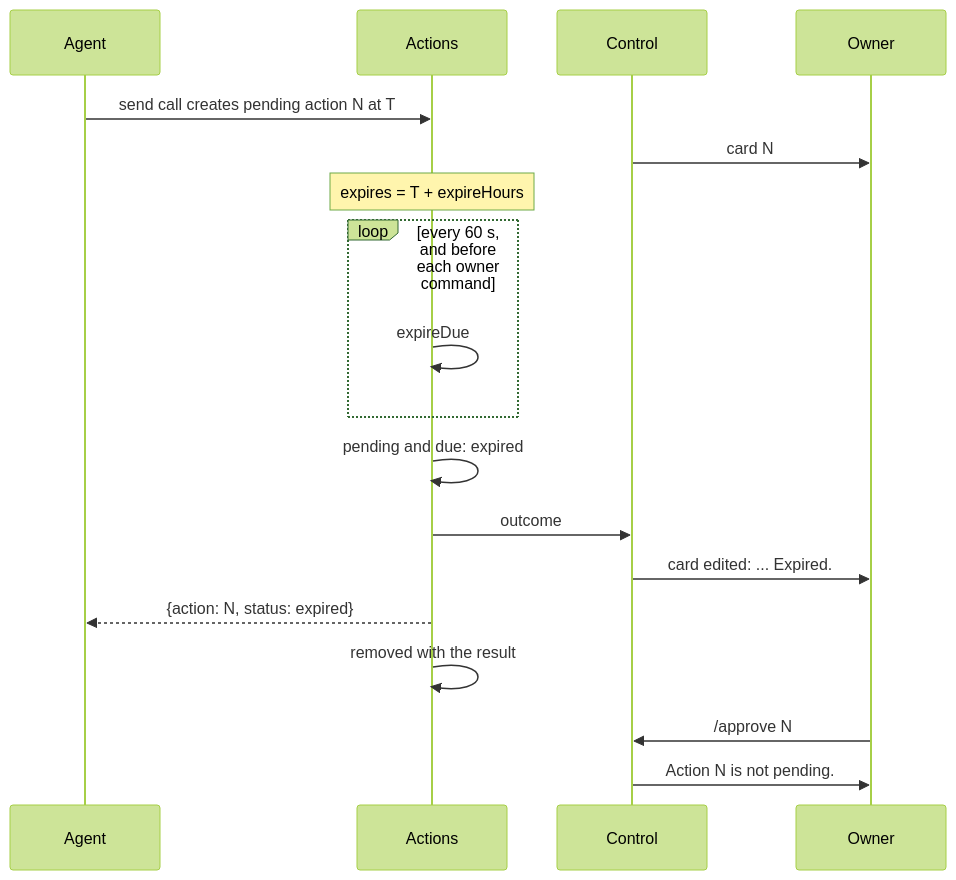
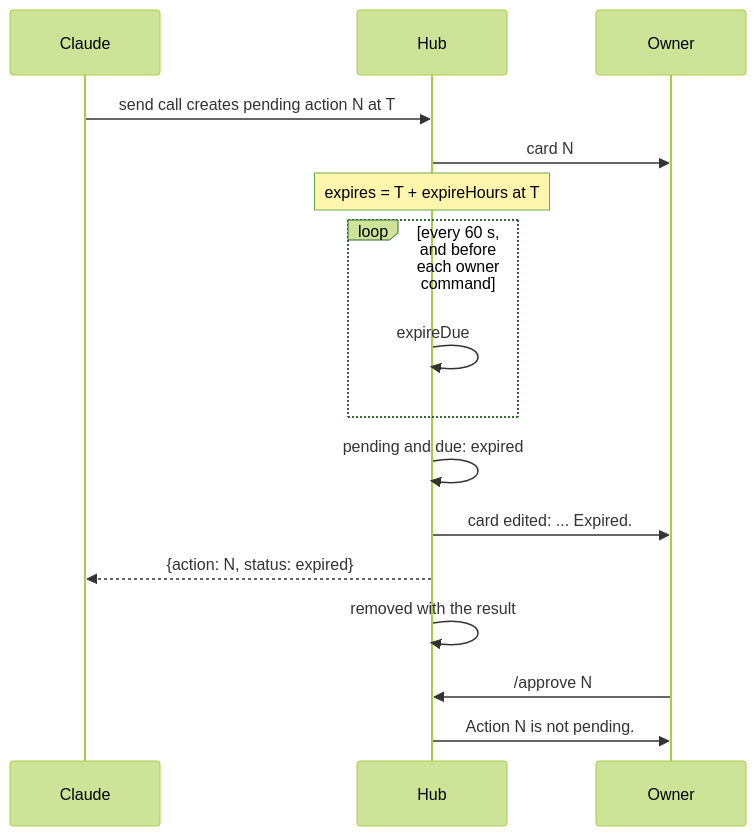
Before and after one commit to simplex-chat/simplex-chat: the ninth of 15 diagrams in packages/simplex-chat-mcp/spec/flows.md, drawn with Mermaid (forest theme). The commit also changed other lines of this file and 7 other files, not shown here.

````diff
--- a/packages/simplex-chat-mcp/spec/flows.md
+++ b/packages/simplex-chat-mcp/spec/flows.md
@@ -394,20 +363,18 @@
 ```mermaid
 sequenceDiagram
-  participant A as Agent
-  participant X as Actions
-  participant K as Control
+  participant C as Claude
+  participant H as Hub
   participant O as Owner
-  A->>X: send call creates pending action N at T
-  K->>O: card N
-  Note over X: expires = T + expireHours
+  C->>H: send call creates pending action N at T
+  H->>O: card N
+  Note over H: expires = T + expireHours at T
   loop every 60 s, and before each owner command
-    X->>X: expireDue
+    H->>H: expireDue
   end
-  X->>X: pending and due: expired
-  X->>K: outcome
-  K->>O: card edited: ... Expired.
-  X-->>A: {action: N, status: expired}
-  X->>X: removed with the result
-  O->>K: /approve N
-  K->>O: Action N is not pending.
+  H->>H: pending and due: expired
+  H->>O: card edited: ... Expired.
+  H-->>C: {action: N, status: expired}
+  H->>H: removed with the result
+  O->>H: /approve N
+  H->>O: Action N is not pending.
 ```
````
